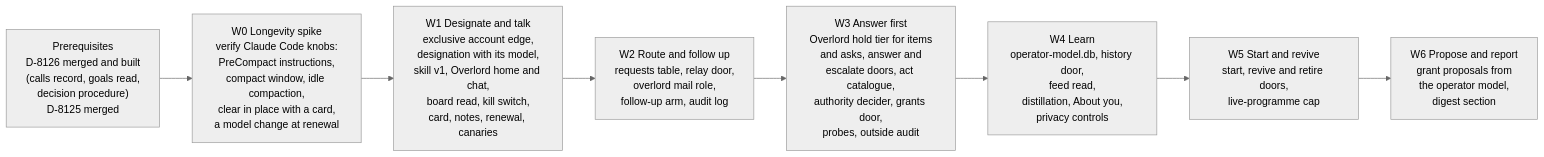
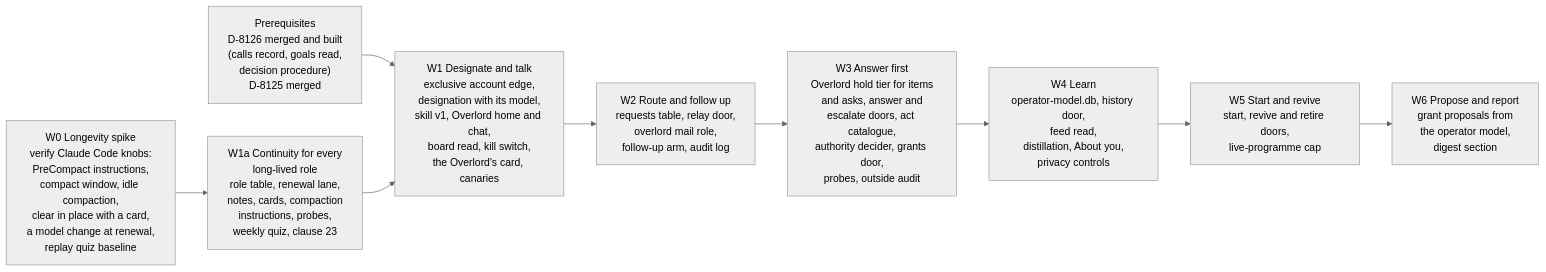
One commit to Synapsium-Labs/ccrc-pwa changed the eighth of 8 diagrams in docs/superpowers/specs/2026-11-09-overlord-design.md. Above: the diagram before and after it, drawn with Mermaid (neutral theme). The commit also changed other lines of this file, not shown here.

First line of the commit message:
docs(spec): coordinators get the long-life fixes too (R13)

````diff
--- a/docs/superpowers/specs/2026-11-09-overlord-design.md
+++ b/docs/superpowers/specs/2026-11-09-overlord-design.md
@@ -1288,11 +1378,12 @@
 ```mermaid
 flowchart LR
-  P0["Prerequisites<br/>D-8126 merged and built<br/>(calls record, goals read,<br/>decision procedure)<br/>D-8125 merged"] --> W0
-  W0["W0 Longevity spike<br/>verify Claude Code knobs:<br/>PreCompact instructions,<br/>compact window, idle compaction,<br/>clear in place with a card,<br/>a model change at renewal"] --> W1
-  W1["W1 Designate and talk<br/>exclusive account edge,<br/>designation with its model,<br/>skill v1, Overlord home and chat,<br/>board read, kill switch,<br/>card, notes, renewal, canaries"] --> W2
+  P0["Prerequisites<br/>D-8126 merged and built<br/>(calls record, goals read,<br/>decision procedure)<br/>D-8125 merged"] --> W1
+  W0["W0 Longevity spike<br/>verify Claude Code knobs:<br/>PreCompact instructions,<br/>compact window, idle compaction,<br/>clear in place with a card,<br/>a model change at renewal,<br/>replay quiz baseline"] --> W1A
+  W1A["W1a Continuity for every<br/>long-lived role<br/>role table, renewal lane,<br/>notes, cards, compaction<br/>instructions, probes,<br/>weekly quiz, clause 23"] --> W1
+  W1["W1 Designate and talk<br/>exclusive account edge,<br/>designation with its model,<br/>skill v1, Overlord home and chat,<br/>board read, kill switch,<br/>the Overlord's card, canaries"] --> W2
   W2["W2 Route and follow up<br/>requests table, relay door,<br/>overlord mail role,<br/>follow-up arm, audit log"] --> W3
   W3["W3 Answer first<br/>Overlord hold tier for items<br/>and asks, answer and<br/>escalate doors, act catalogue,<br/>authority decider, grants door,<br/>probes, outside audit"] --> W4
   W4["W4 Learn<br/>operator-model.db, history door,<br/>feed read,<br/>distillation, About you,<br/>privacy controls"] --> W5
   W5["W5 Start and revive<br/>start, revive and retire doors,<br/>live-programme cap"] --> W6
   W6["W6 Propose and report<br/>grant proposals from<br/>the operator model,<br/>digest section"]
 ```
````
